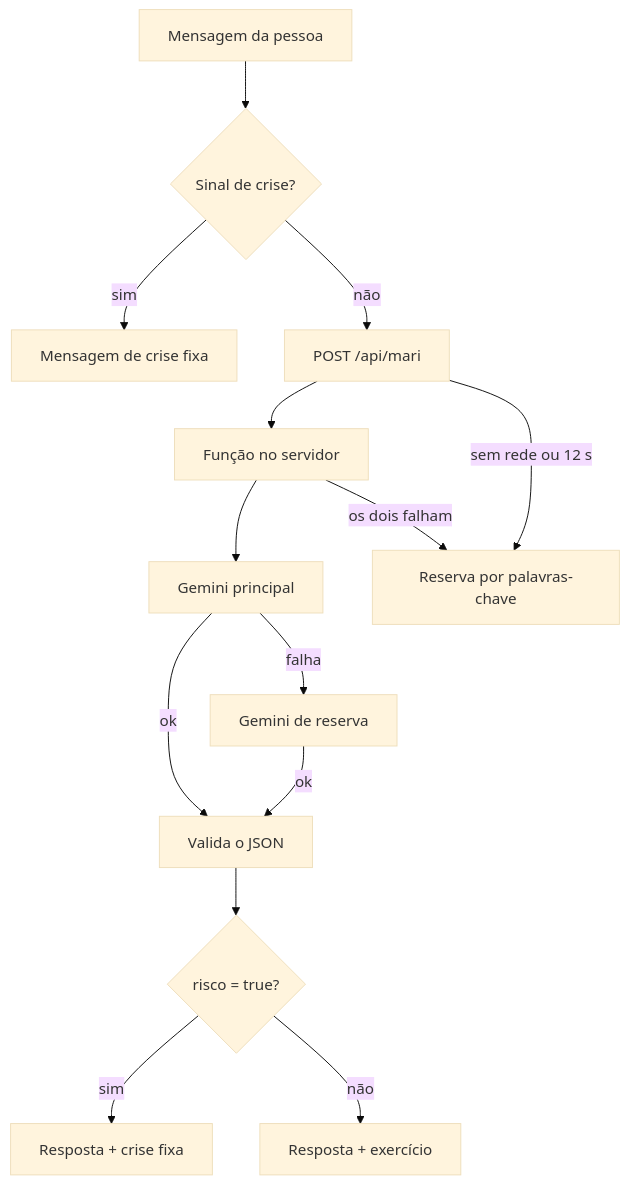
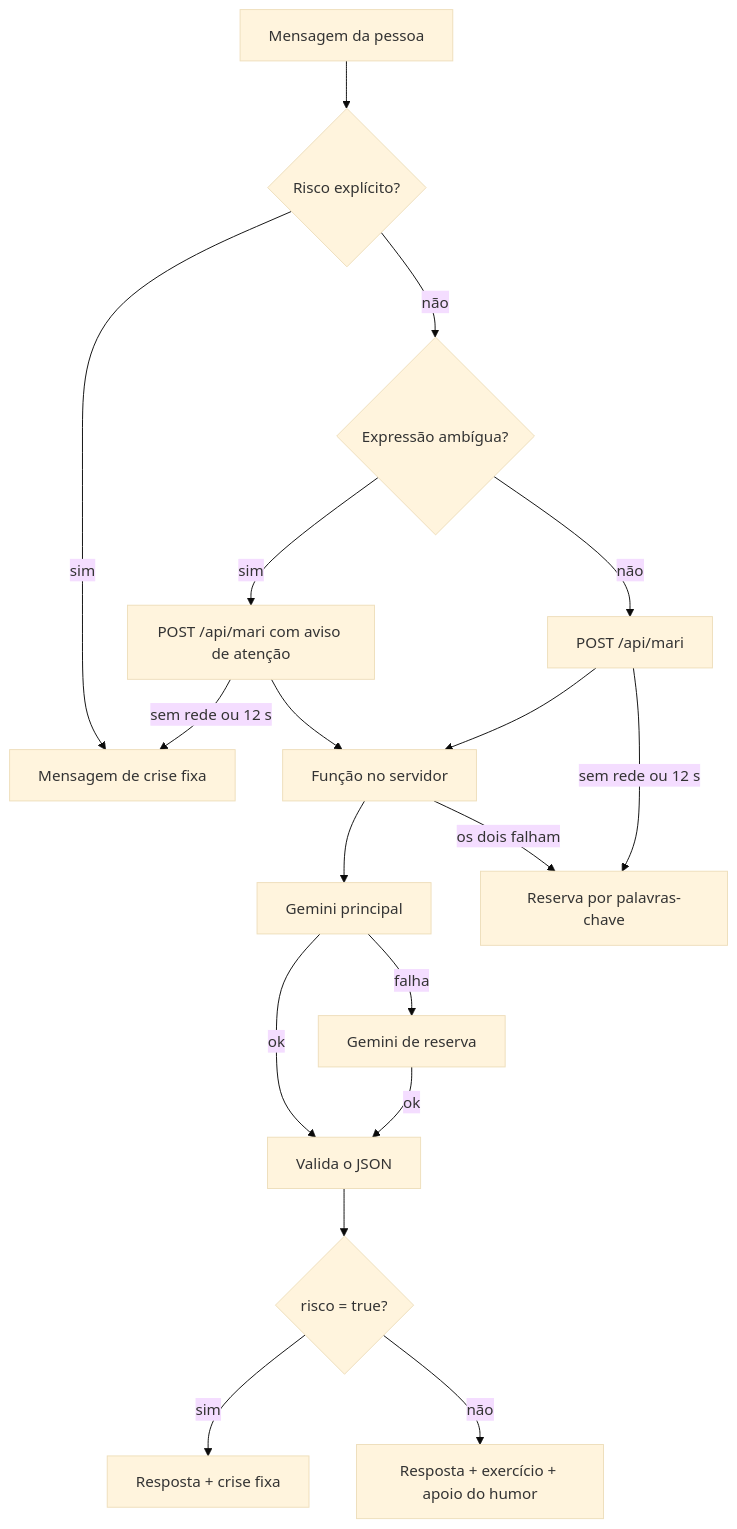
One commit to MERECHIA/mari-assistente changed the diagram in docs/fluxo-mari.mmd. Above: the diagram before and after it, drawn with Mermaid (base theme). The commit also changed 46 other files, not shown here.

First line of the commit message:
Mari: crise em duas camadas, botões de apoio por humor, trecho e avaliação de risco, e métricas

```diff
--- a/docs/fluxo-mari.mmd
+++ b/docs/fluxo-mari.mmd
@@ -1,14 +1,18 @@
 flowchart TD
-    A[Mensagem da pessoa] --> B{Sinal de crise?}
+    A[Mensagem da pessoa] --> B{Risco explícito?}
     B -- sim --> C[Mensagem de crise fixa]
-    B -- não --> D[POST /api/mari]
+    B -- não --> B2{Expressão ambígua?}
+    B2 -- sim --> D2[POST /api/mari com aviso de atenção]
+    B2 -- não --> D[POST /api/mari]
+    D2 --> E
     D --> E[Função no servidor]
     E --> F[Gemini principal]
     F -- falha --> G[Gemini de reserva]
     F -- ok --> H[Valida o JSON]
     G -- ok --> H
     H --> I{risco = true?}
     I -- sim --> J[Resposta + crise fixa]
-    I -- não --> K[Resposta + exercício]
+    I -- não --> K[Resposta + exercício + apoio do humor]
     E -- os dois falham --> L[Reserva por palavras-chave]
     D -- sem rede ou 12 s --> L
+    D2 -- sem rede ou 12 s --> C
```
